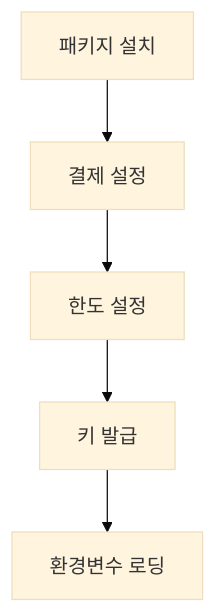
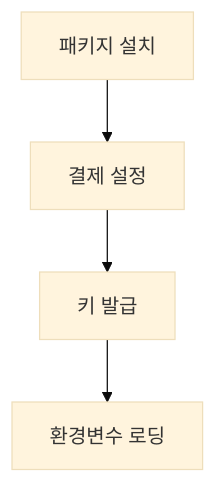
One commit to umyunsang/edu changed the first of 2 diagrams in ComputerScience/03_ai-ml-data/large-language-models/notes/144. OpenAI API 키·결제·환경변수.md. Above: the diagram before and after it, drawn with Mermaid (base theme). The commit also changed other lines of this file and 5 other files, not shown here.

````diff
--- a/ComputerScience/03_ai-ml-data/large-language-models/notes/144. OpenAI API 키·결제·환경변수.md
+++ b/ComputerScience/03_ai-ml-data/large-language-models/notes/144. OpenAI API 키·결제·환경변수.md
@@ -28,7 +28,6 @@
 ```mermaid
 flowchart TB
     A[패키지 설치] --> B[결제 설정]
-    B --> C[한도 설정]
-    C --> D[키 발급]
-    D --> E[환경변수 로딩]
+    B --> C[키 발급]
+    C --> D[환경변수 로딩]
 ```
````
